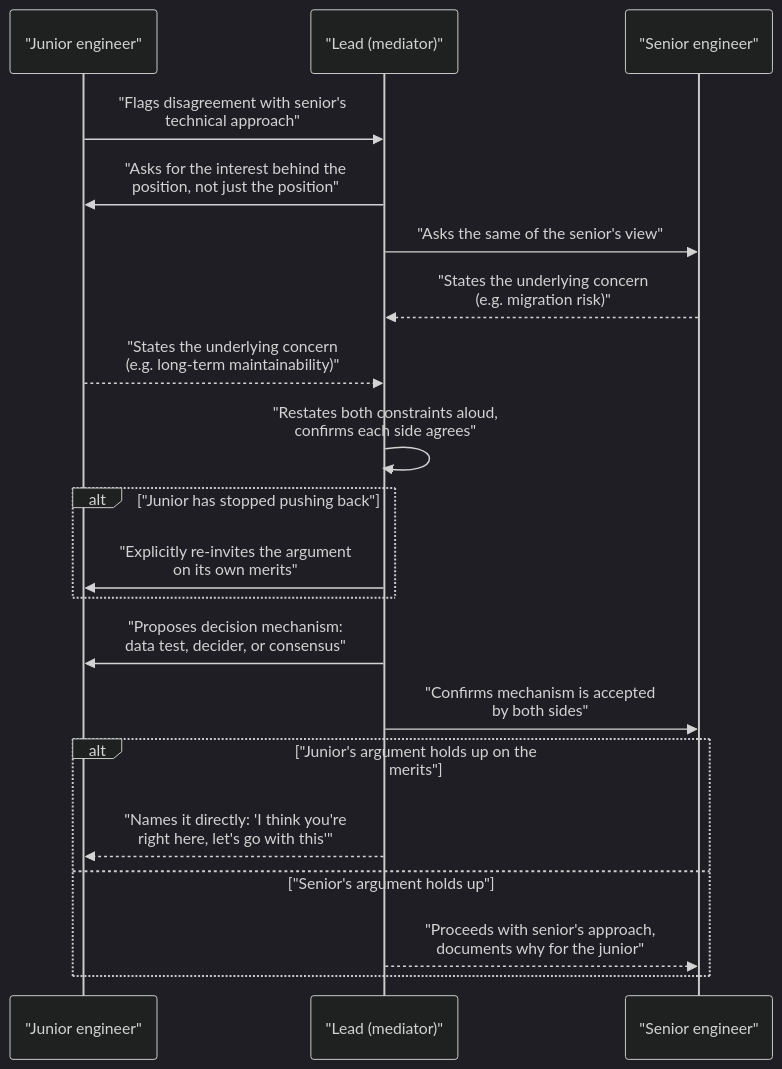
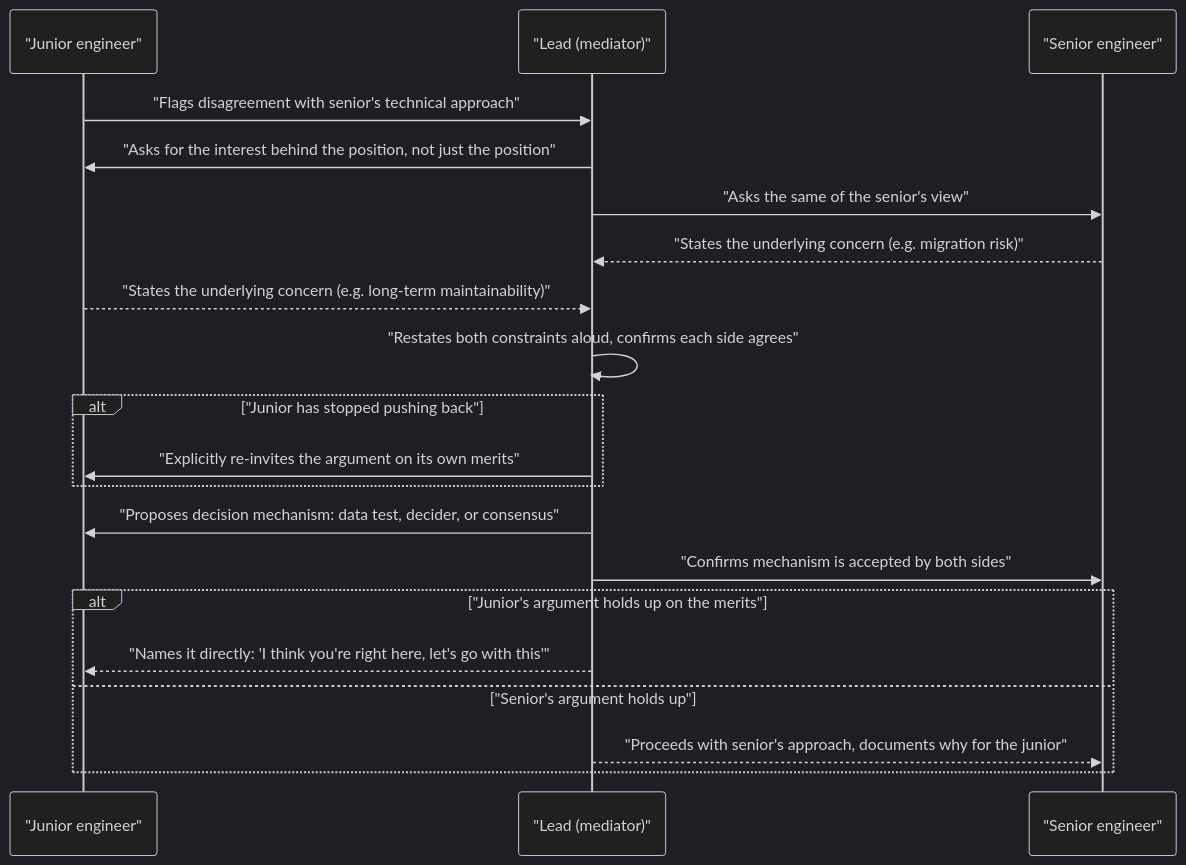
The second of 2 diagrams in data/topics/conflict-resolution.md (vinayakhumberi/litmus), drawn with Mermaid (dark theme) before and after one commit. The commit also changed other lines of this file and 68 other files, not shown here.

````diff
--- a/data/topics/conflict-resolution.md
+++ b/data/topics/conflict-resolution.md
@@ -136,23 +136,23 @@
 ```mermaid
 sequenceDiagram
     participant Jr as "Junior engineer"
     participant Lead as "Lead (mediator)"
     participant Sr as "Senior engineer"
 
-    Jr->>Lead: "Flags disagreement with senior's<br>technical approach"
-    Lead->>Jr: "Asks for the interest behind the<br>position, not just the position"
+    Jr->>Lead: "Flags disagreement with senior's technical approach"
+    Lead->>Jr: "Asks for the interest behind the position, not just the position"
     Lead->>Sr: "Asks the same of the senior's view"
-    Sr-->>Lead: "States the underlying concern<br>(e.g. migration risk)"
-    Jr-->>Lead: "States the underlying concern<br>(e.g. long-term maintainability)"
-    Lead->>Lead: "Restates both constraints aloud,<br>confirms each side agrees"
+    Sr-->>Lead: "States the underlying concern (e.g. migration risk)"
+    Jr-->>Lead: "States the underlying concern (e.g. long-term maintainability)"
+    Lead->>Lead: "Restates both constraints aloud, confirms each side agrees"
     alt "Junior has stopped pushing back"
-        Lead->>Jr: "Explicitly re-invites the argument<br>on its own merits"
+        Lead->>Jr: "Explicitly re-invites the argument on its own merits"
     end
-    Lead->>Jr: "Proposes decision mechanism:<br>data test, decider, or consensus"
-    Lead->>Sr: "Confirms mechanism is accepted<br>by both sides"
+    Lead->>Jr: "Proposes decision mechanism: data test, decider, or consensus"
+    Lead->>Sr: "Confirms mechanism is accepted by both sides"
     alt "Junior's argument holds up on the merits"
-        Lead-->>Jr: "Names it directly: 'I think you're<br>right here, let's go with this'"
+        Lead-->>Jr: "Names it directly: 'I think you're right here, let's go with this'"
     else "Senior's argument holds up"
-        Lead-->>Sr: "Proceeds with senior's approach,<br>documents why for the junior"
+        Lead-->>Sr: "Proceeds with senior's approach, documents why for the junior"
     end
 ```
````
